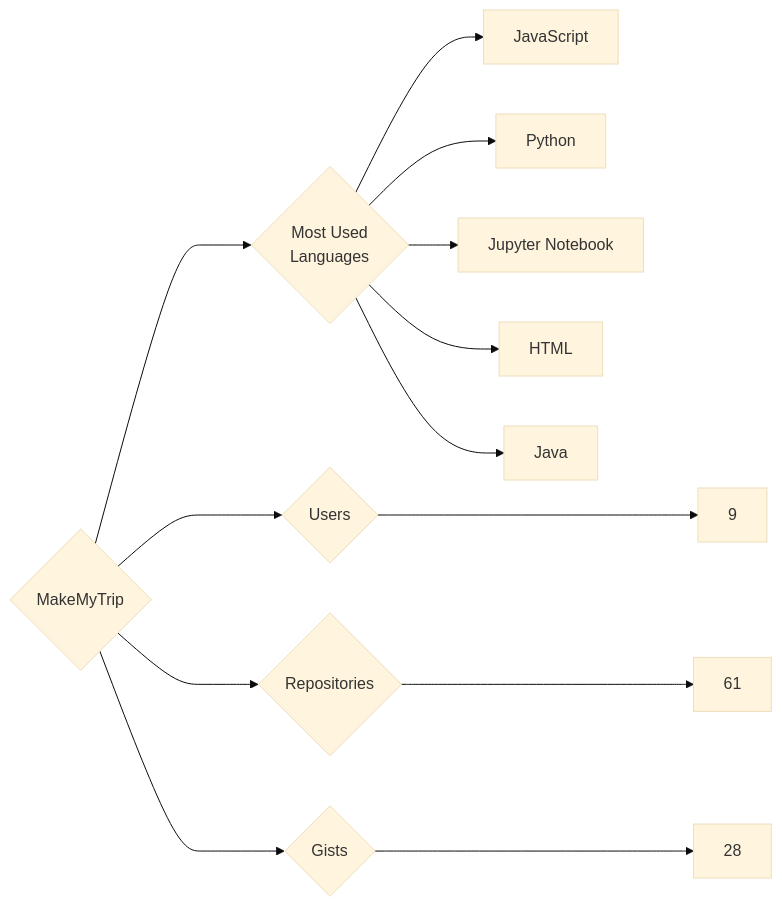
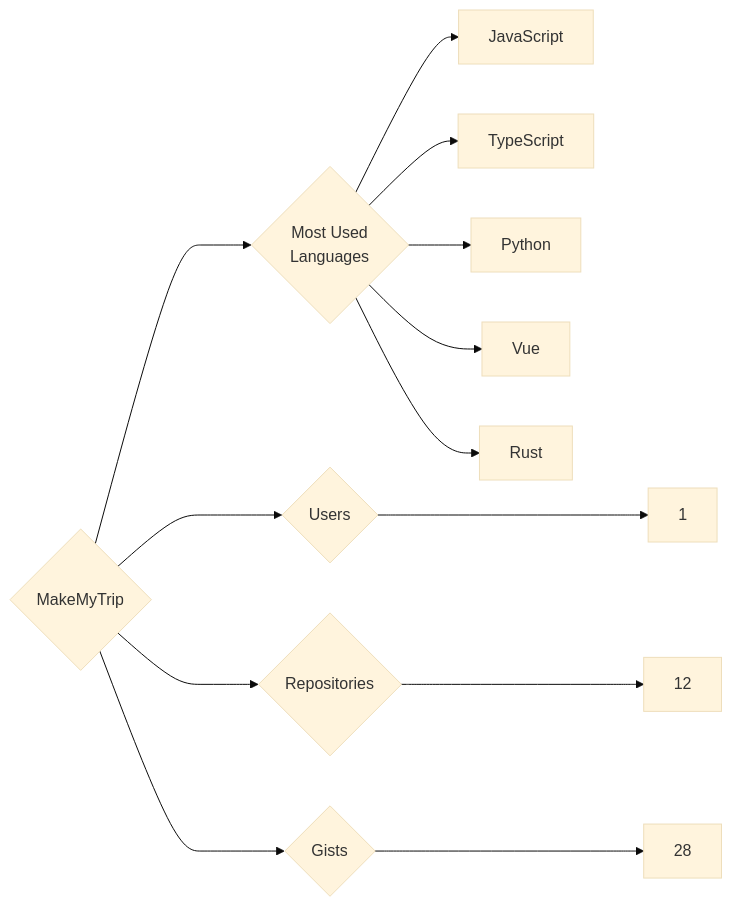
Before and after one commit to trickest/insiders: the diagram in targets/MakeMyTrip/README.md, drawn with Mermaid (base theme). The commit also changed 861 other files, not shown here.

````diff
--- a/targets/MakeMyTrip/README.md
+++ b/targets/MakeMyTrip/README.md
@@ -3,13 +3,13 @@
 ```mermaid
 graph LR
 COMPANY_NAME{MakeMyTrip}
-COMPANY_NAME ---> U{Users} ---> UN[9]
-COMPANY_NAME ---> R{Repositories} ---> RN[61]
+COMPANY_NAME ---> U{Users} ---> UN[1]
+COMPANY_NAME ---> R{Repositories} ---> RN[12]
 COMPANY_NAME ---> G{Gists} ---> GN[28]
 COMPANY_NAME ---> ML{Most Used<br>Languages}
 ML --> JavaScript[JavaScript]
+ML --> TypeScript[TypeScript]
 ML --> Python[Python]
-ML --> Jupyter_Notebook[Jupyter Notebook]
-ML --> HTML[HTML]
-ML --> Java[Java]
+ML --> Vue[Vue]
+ML --> Rust[Rust]
 ```
````
